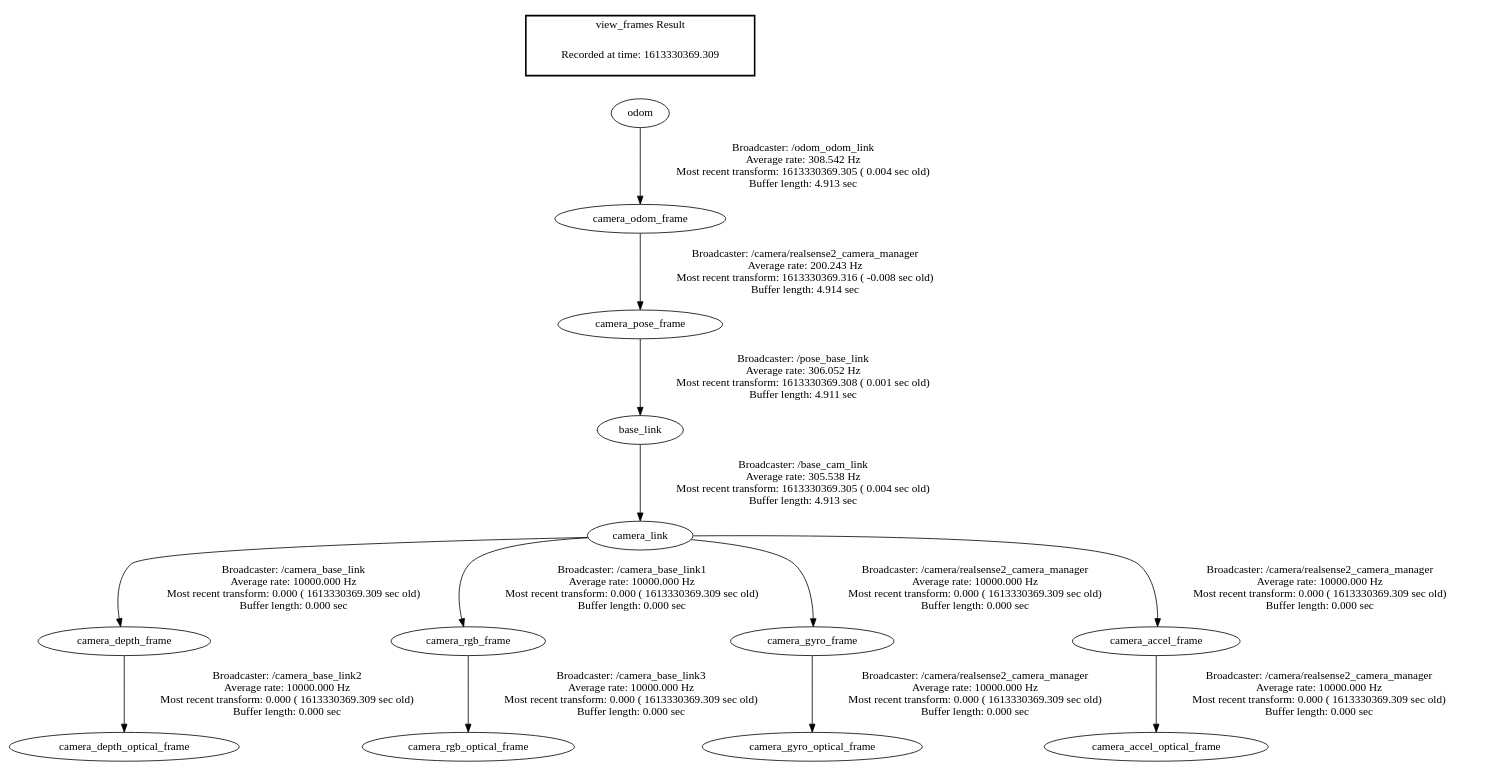
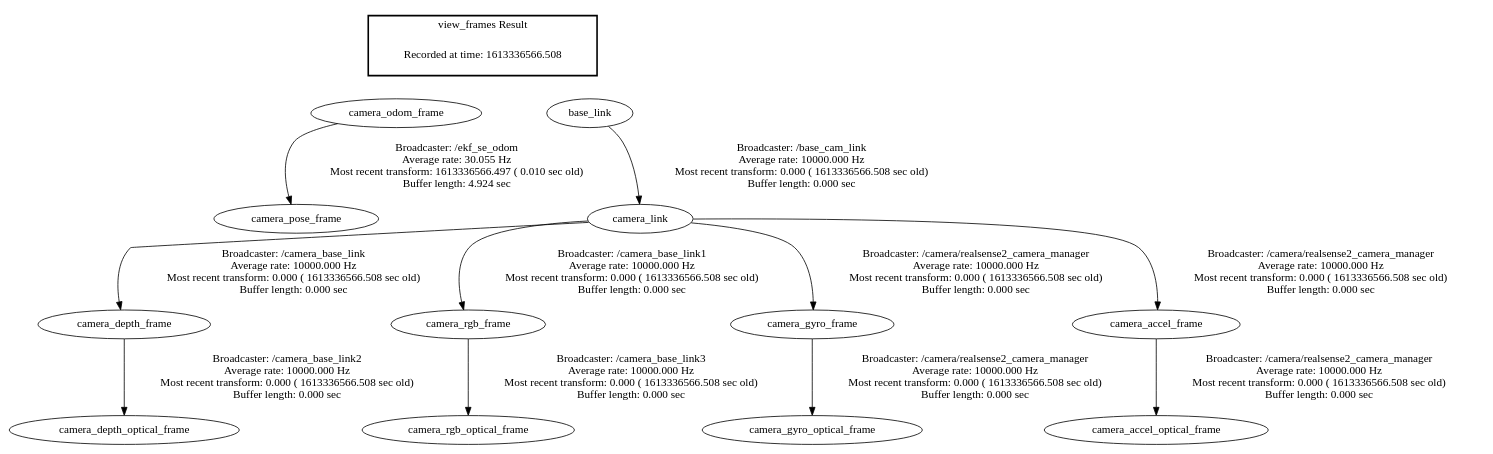
Before and after one commit to stauntonmakerspace/GardenGuardian: the diagram in frames.gv, drawn with Graphviz. The commit also changed 7 other files, not shown here.

```diff
--- a/frames.gv
+++ b/frames.gv
@@ -1,18 +1,20 @@
 digraph G {
-"camera_link" -> "camera_depth_frame"[label="Broadcaster: /camera_base_link\nAverage rate: 10000.000 Hz\nMost recent transform: 0.000 ( 1613330369.309 sec old)\nBuffer length: 0.000 sec\n"];
-"base_link" -> "camera_link"[label="Broadcaster: /base_cam_link\nAverage rate: 305.538 Hz\nMost recent transform: 1613330369.305 ( 0.004 sec old)\nBuffer length: 4.913 sec\n"];
-"camera_pose_frame" -> "base_link"[label="Broadcaster: /pose_base_link\nAverage rate: 306.052 Hz\nMost recent transform: 1613330369.308 ( 0.001 sec old)\nBuffer length: 4.911 sec\n"];
-"odom" -> "camera_odom_frame"[label="Broadcaster: /odom_odom_link\nAverage rate: 308.542 Hz\nMost recent transform: 1613330369.305 ( 0.004 sec old)\nBuffer length: 4.913 sec\n"];
-"camera_depth_frame" -> "camera_depth_optical_frame"[label="Broadcaster: /camera_base_link2\nAverage rate: 10000.000 Hz\nMost recent transform: 0.000 ( 1613330369.309 sec old)\nBuffer length: 0.000 sec\n"];
-"camera_odom_frame" -> "camera_pose_frame"[label="Broadcaster: /camera/realsense2_camera_manager\nAverage rate: 200.243 Hz\nMost recent transform: 1613330369.316 ( -0.008 sec old)\nBuffer length: 4.914 sec\n"];
-"camera_rgb_frame" -> "camera_rgb_optical_frame"[label="Broadcaster: /camera_base_link3\nAverage rate: 10000.000 Hz\nMost recent transform: 0.000 ( 1613330369.309 sec old)\nBuffer length: 0.000 sec\n"];
-"camera_link" -> "camera_rgb_frame"[label="Broadcaster: /camera_base_link1\nAverage rate: 10000.000 Hz\nMost recent transform: 0.000 ( 1613330369.309 sec old)\nBuffer length: 0.000 sec\n"];
-"camera_link" -> "camera_gyro_frame"[label="Broadcaster: /camera/realsense2_camera_manager\nAverage rate: 10000.000 Hz\nMost recent transform: 0.000 ( 1613330369.309 sec old)\nBuffer length: 0.000 sec\n"];
-"camera_gyro_frame" -> "camera_gyro_optical_frame"[label="Broadcaster: /camera/realsense2_camera_manager\nAverage rate: 10000.000 Hz\nMost recent transform: 0.000 ( 1613330369.309 sec old)\nBuffer length: 0.000 sec\n"];
-"camera_link" -> "camera_accel_frame"[label="Broadcaster: /camera/realsense2_camera_manager\nAverage rate: 10000.000 Hz\nMost recent transform: 0.000 ( 1613330369.309 sec old)\nBuffer length: 0.000 sec\n"];
-"camera_accel_frame" -> "camera_accel_optical_frame"[label="Broadcaster: /camera/realsense2_camera_manager\nAverage rate: 10000.000 Hz\nMost recent transform: 0.000 ( 1613330369.309 sec old)\nBuffer length: 0.000 sec\n"];
+"camera_odom_frame" -> "camera_pose_frame"[label="Broadcaster: /ekf_se_odom\nAverage rate: 30.055 Hz\nMost recent transform: 1613336566.497 ( 0.010 sec old)\nBuffer length: 4.924 sec\n"];
+"camera_link" -> "camera_depth_frame"[label="Broadcaster: /camera_base_link\nAverage rate: 10000.000 Hz\nMost recent transform: 0.000 ( 1613336566.508 sec old)\nBuffer length: 0.000 sec\n"];
+"base_link" -> "camera_link"[label="Broadcaster: /base_cam_link\nAverage rate: 10000.000 Hz\nMost recent transform: 0.000 ( 1613336566.508 sec old)\nBuffer length: 0.000 sec\n"];
+"camera_link" -> "camera_rgb_frame"[label="Broadcaster: /camera_base_link1\nAverage rate: 10000.000 Hz\nMost recent transform: 0.000 ( 1613336566.508 sec old)\nBuffer length: 0.000 sec\n"];
+"camera_depth_frame" -> "camera_depth_optical_frame"[label="Broadcaster: /camera_base_link2\nAverage rate: 10000.000 Hz\nMost recent transform: 0.000 ( 1613336566.508 sec old)\nBuffer length: 0.000 sec\n"];
+"camera_link" -> "camera_gyro_frame"[label="Broadcaster: /camera/realsense2_camera_manager\nAverage rate: 10000.000 Hz\nMost recent transform: 0.000 ( 1613336566.508 sec old)\nBuffer length: 0.000 sec\n"];
+"camera_gyro_frame" -> "camera_gyro_optical_frame"[label="Broadcaster: /camera/realsense2_camera_manager\nAverage rate: 10000.000 Hz\nMost recent transform: 0.000 ( 1613336566.508 sec old)\nBuffer length: 0.000 sec\n"];
+"camera_link" -> "camera_accel_frame"[label="Broadcaster: /camera/realsense2_camera_manager\nAverage rate: 10000.000 Hz\nMost recent transform: 0.000 ( 1613336566.508 sec old)\nBuffer length: 0.000 sec\n"];
+"camera_accel_frame" -> "camera_accel_optical_frame"[label="Broadcaster: /camera/realsense2_camera_manager\nAverage rate: 10000.000 Hz\nMost recent transform: 0.000 ( 1613336566.508 sec old)\nBuffer length: 0.000 sec\n"];
+"camera_rgb_frame" -> "camera_rgb_optical_frame"[label="Broadcaster: /camera_base_link3\nAverage rate: 10000.000 Hz\nMost recent transform: 0.000 ( 1613336566.508 sec old)\nBuffer length: 0.000 sec\n"];
 edge [style=invis];
  subgraph cluster_legend { style=bold; color=black; label ="view_frames Result";
-"Recorded at time: 1613330369.309"[ shape=plaintext ] ;
- }->"odom";
+"Recorded at time: 1613336566.508"[ shape=plaintext ] ;
+ }->"camera_odom_frame";
+edge [style=invis];
+ subgraph cluster_legend { style=bold; color=black; label ="view_frames Result";
+"Recorded at time: 1613336566.508"[ shape=plaintext ] ;
+ }->"base_link";
 }
```
